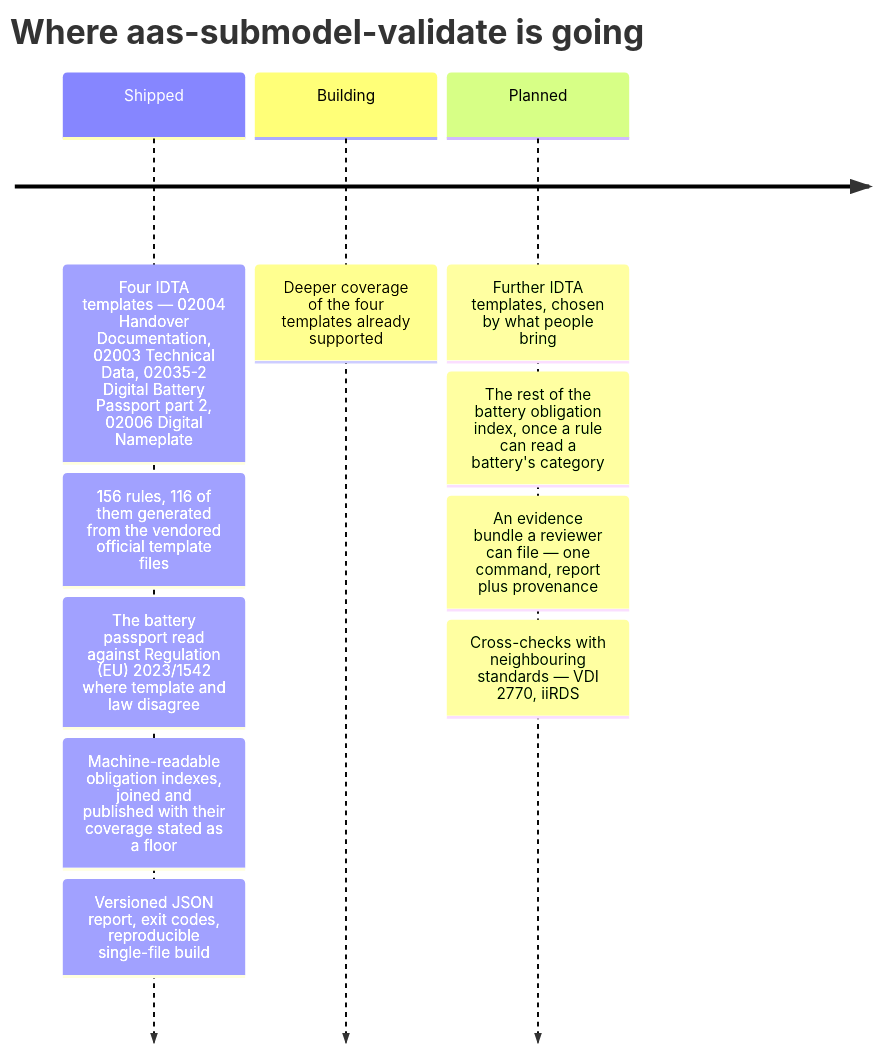
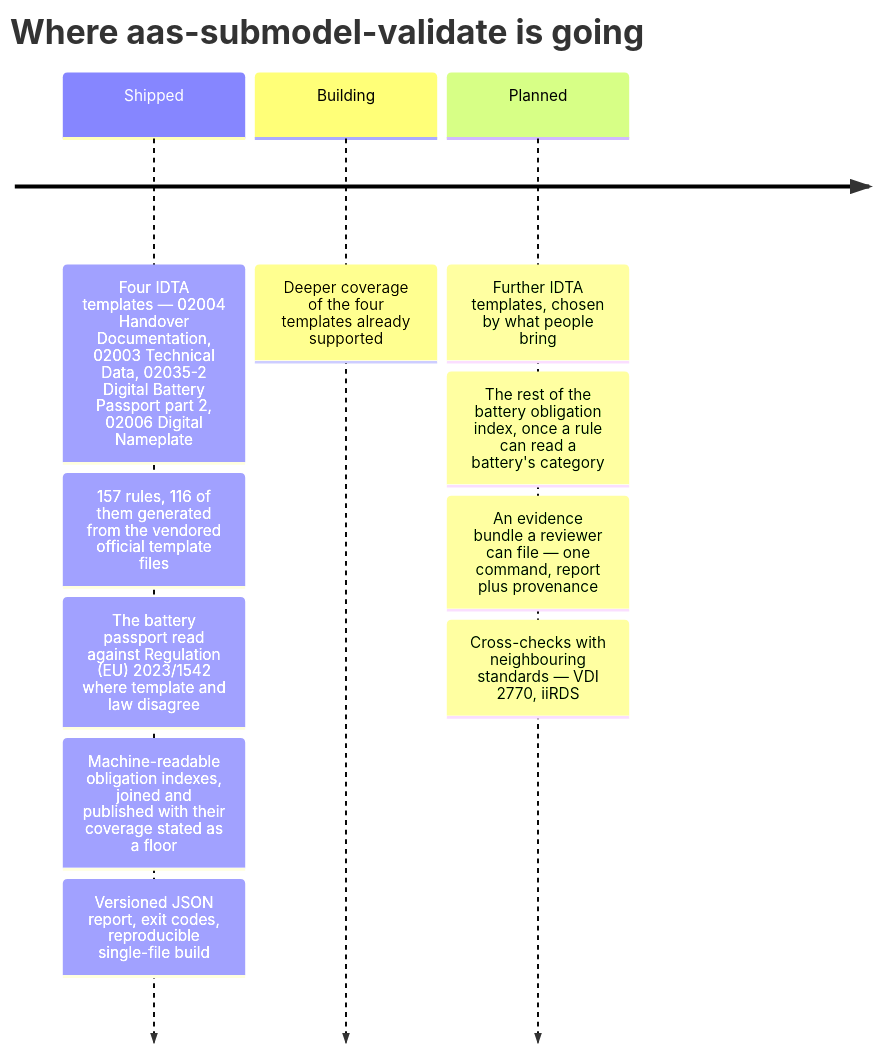
The second of 2 diagrams in README.md (dev365code/aas-submodel-validate), drawn with Mermaid before and after one commit. The commit also changed other lines of this file and 9 other files, not shown here.

````diff
--- a/README.md
+++ b/README.md
@@ -267,14 +267,14 @@
 ```mermaid
 timeline
     title Where aas-submodel-validate is going
     Shipped : Four IDTA templates — 02004 Handover Documentation, 02003 Technical Data, 02035-2 Digital Battery Passport part 2, 02006 Digital Nameplate
-            : 156 rules, 116 of them generated from the vendored official template files
+            : 157 rules, 116 of them generated from the vendored official template files
             : The battery passport read against Regulation (EU) 2023/1542 where template and law disagree
             : Machine-readable obligation indexes, joined and published with their coverage stated as a floor
             : Versioned JSON report, exit codes, reproducible single-file build
     Building : Deeper coverage of the four templates already supported
     Planned : Further IDTA templates, chosen by what people bring
             : The rest of the battery obligation index, once a rule can read a battery's category
             : An evidence bundle a reviewer can file — one command, report plus provenance
             : Cross-checks with neighbouring standards — VDI 2770, iiRDS
 ```
````
